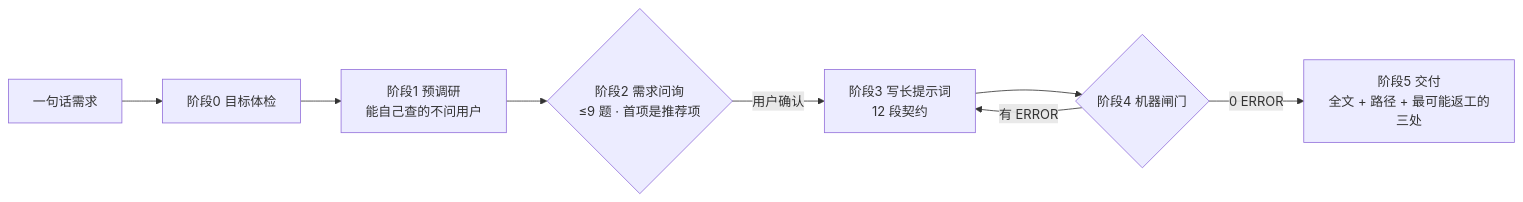
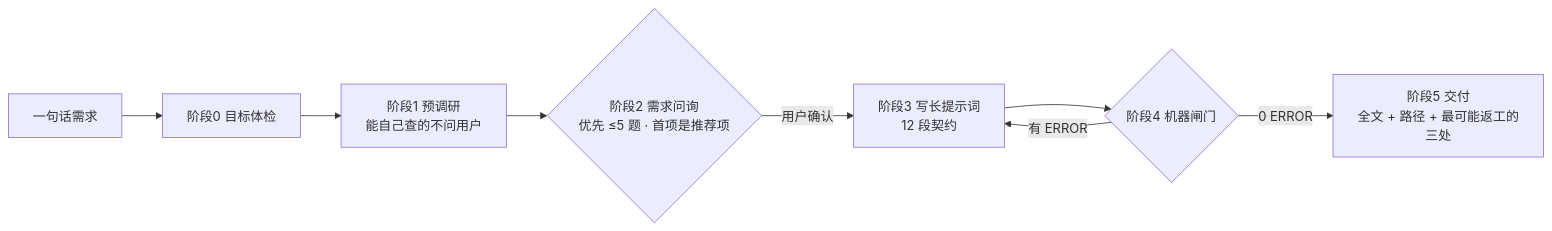
Before and after one commit to hwy-miaomiao/prompt-forge: the diagram in README.md, drawn with Mermaid. The commit also changed other lines of this file and 11 other files, not shown here.

````diff
--- a/README.md
+++ b/README.md
@@ -29,10 +29,10 @@
 ```mermaid
 flowchart LR
     A[一句话需求] --> B[阶段0 目标体检]
     B --> C[阶段1 预调研<br/>能自己查的不问用户]
-    C --> D{阶段2 需求问询<br/>≤9 题 · 首项是推荐项}
+    C --> D{阶段2 需求问询<br/>优先 ≤5 题 · 首项是推荐项}
     D -->|用户确认| E[阶段3 写长提示词<br/>12 段契约]
     E --> F{阶段4 机器闸门}
     F -->|有 ERROR| E
     F -->|0 ERROR| G[阶段5 交付<br/>全文 + 路径 + 最可能返工的三处]
 ```
````
